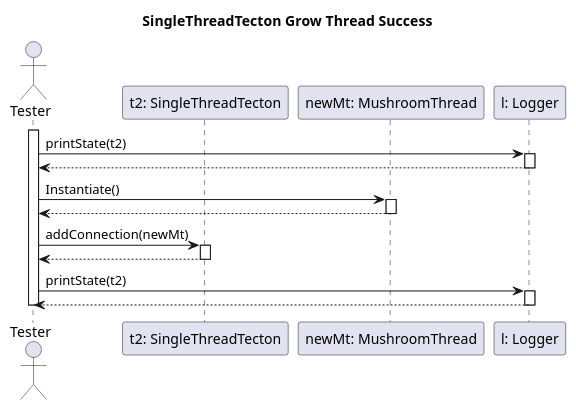
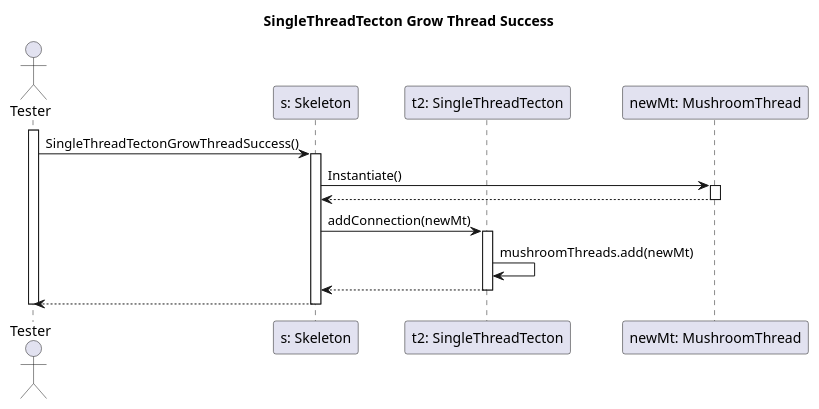
Before and after one commit to dzsem/projlab: the diagram in diagrams/test-sequence/singleThreadTectonGrowThreadSuccess.puml, drawn with PlantUML.

Commit message:
added skeleton, removed logger, added addConnectionImplementation to singleThreadTectonGrowThreadSuccess

```diff
--- a/diagrams/test-sequence/singleThreadTectonGrowThreadSuccess.puml
+++ b/diagrams/test-sequence/singleThreadTectonGrowThreadSuccess.puml
@@ -1,35 +1,33 @@
 @startuml tectonGrowThreadTest
 
 title SingleThreadTecton Grow Thread Success
 
 actor "Tester" as tst
+participant "s: Skeleton" as s
 participant "t2: SingleThreadTecton" as t2
 participant "newMt: MushroomThread" as newMt
-participant "l: Logger" as l
 
 activate tst
 
-tst -> l: printState(t2)
-activate l
-tst <-- l
-deactivate l
+tst -> s: SingleThreadTectonGrowThreadSuccess()
+activate s
 
-tst -> newMt: Instantiate()
+s -> newMt: Instantiate()
 activate newMt
-tst <-- newMt
+s <-- newMt
 deactivate newMt
 
-tst -> t2: addConnection(newMt)
+s -> t2: addConnection(newMt)
 activate t2
 
-tst <-- t2
+t2 -> t2: mushroomThreads.add(newMt)
+
+s <-- t2
 deactivate t2
 
-tst -> l: printState(t2)
-activate l
-tst <-- l
-deactivate l
+tst <-- s
+deactivate s
 
 deactivate tst
 
 @enduml
```
